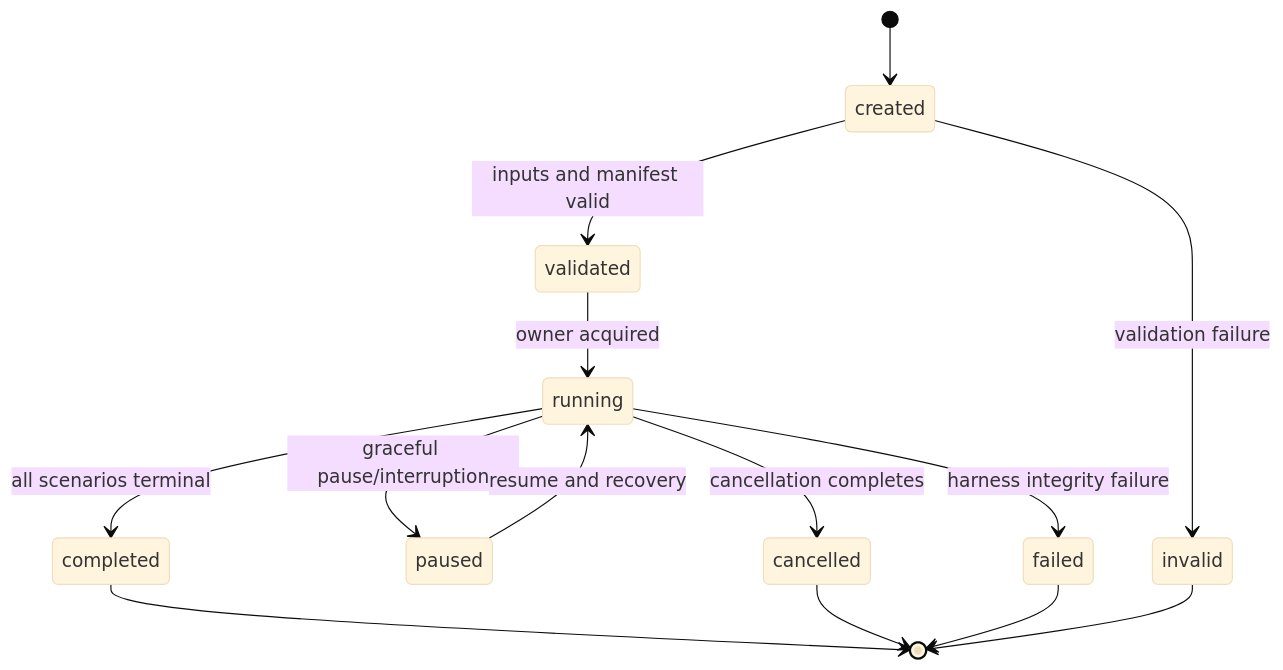
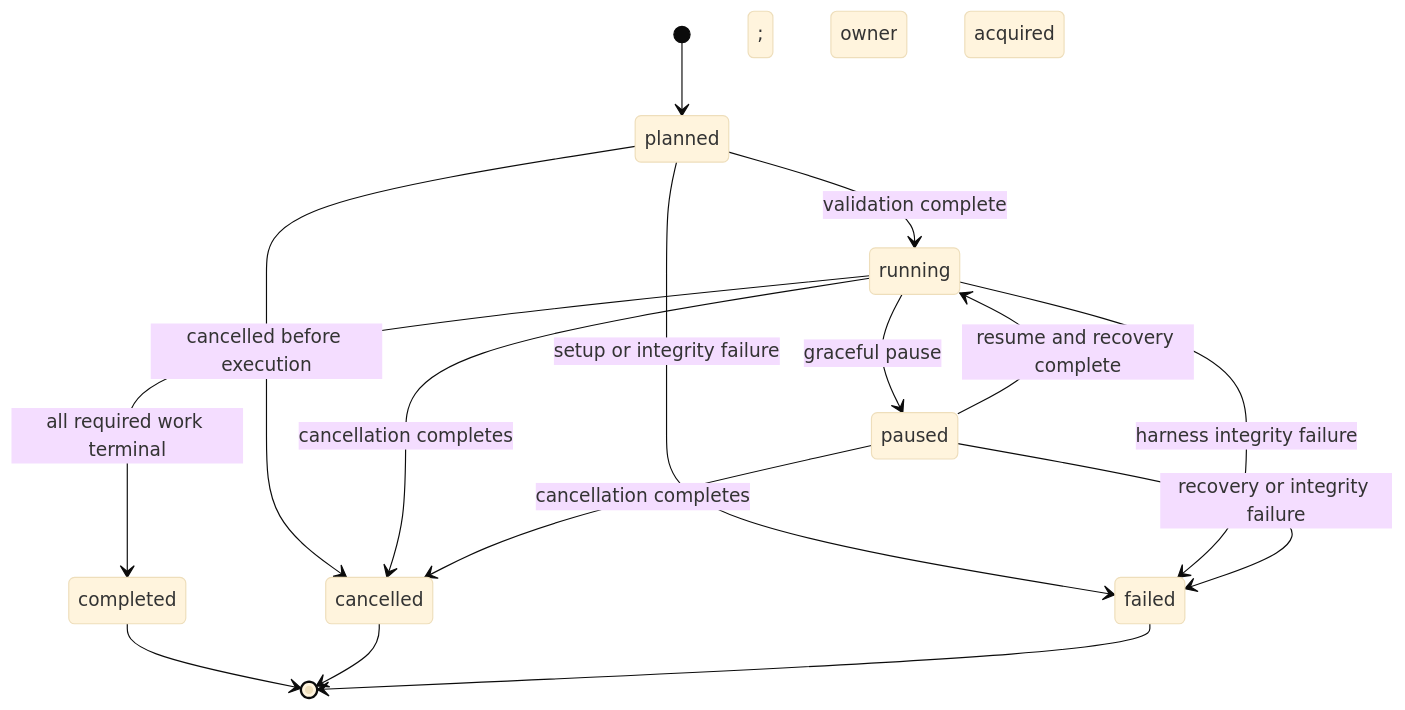
The diagram in diagrams/state-run.mmd (luckyteagirl/webhook-receiver-conformance), drawn with Mermaid (base theme) before and after one commit. The commit also changed 63 other files, not shown here.

```diff
--- a/diagrams/state-run.mmd
+++ b/diagrams/state-run.mmd
@@ -1,14 +1,15 @@
 stateDiagram-v2
-  [*] --> created
-  created --> validated: inputs and manifest valid
-  created --> invalid: validation failure
-  validated --> running: owner acquired
-  running --> paused: graceful pause/interruption
-  paused --> running: resume and recovery
-  running --> completed: all scenarios terminal
+  [*] --> planned
+  planned --> running: validation complete; owner acquired
+  planned --> cancelled: cancelled before execution
+  planned --> failed: setup or integrity failure
+  running --> paused: graceful pause
+  paused --> running: resume and recovery complete
+  running --> completed: all required work terminal
   running --> cancelled: cancellation completes
   running --> failed: harness integrity failure
+  paused --> cancelled: cancellation completes
+  paused --> failed: recovery or integrity failure
   completed --> [*]
   cancelled --> [*]
   failed --> [*]
-  invalid --> [*]
```
